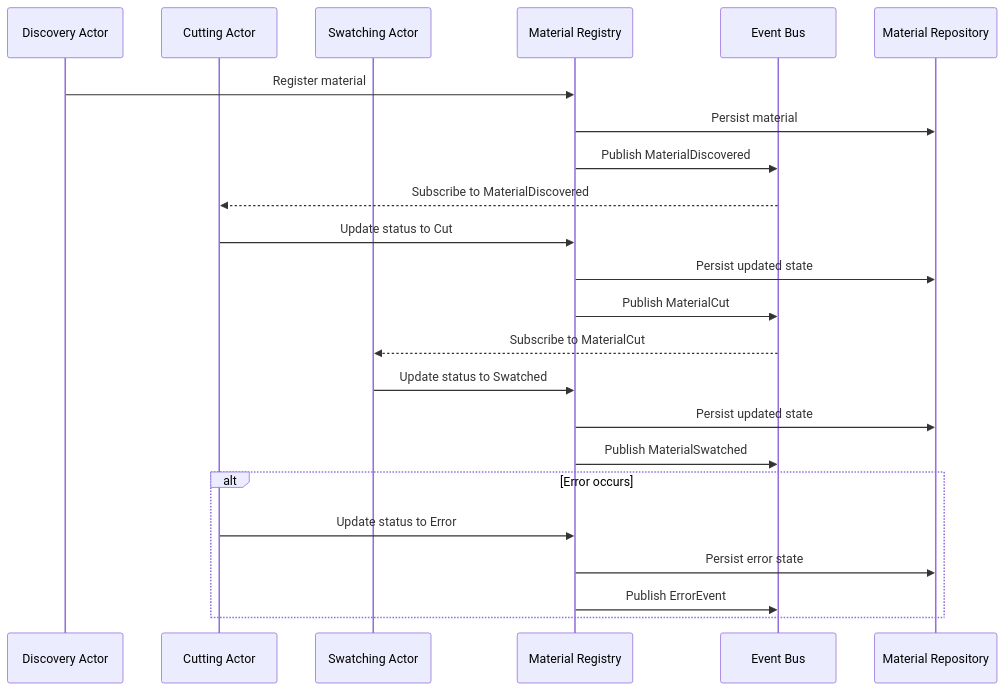
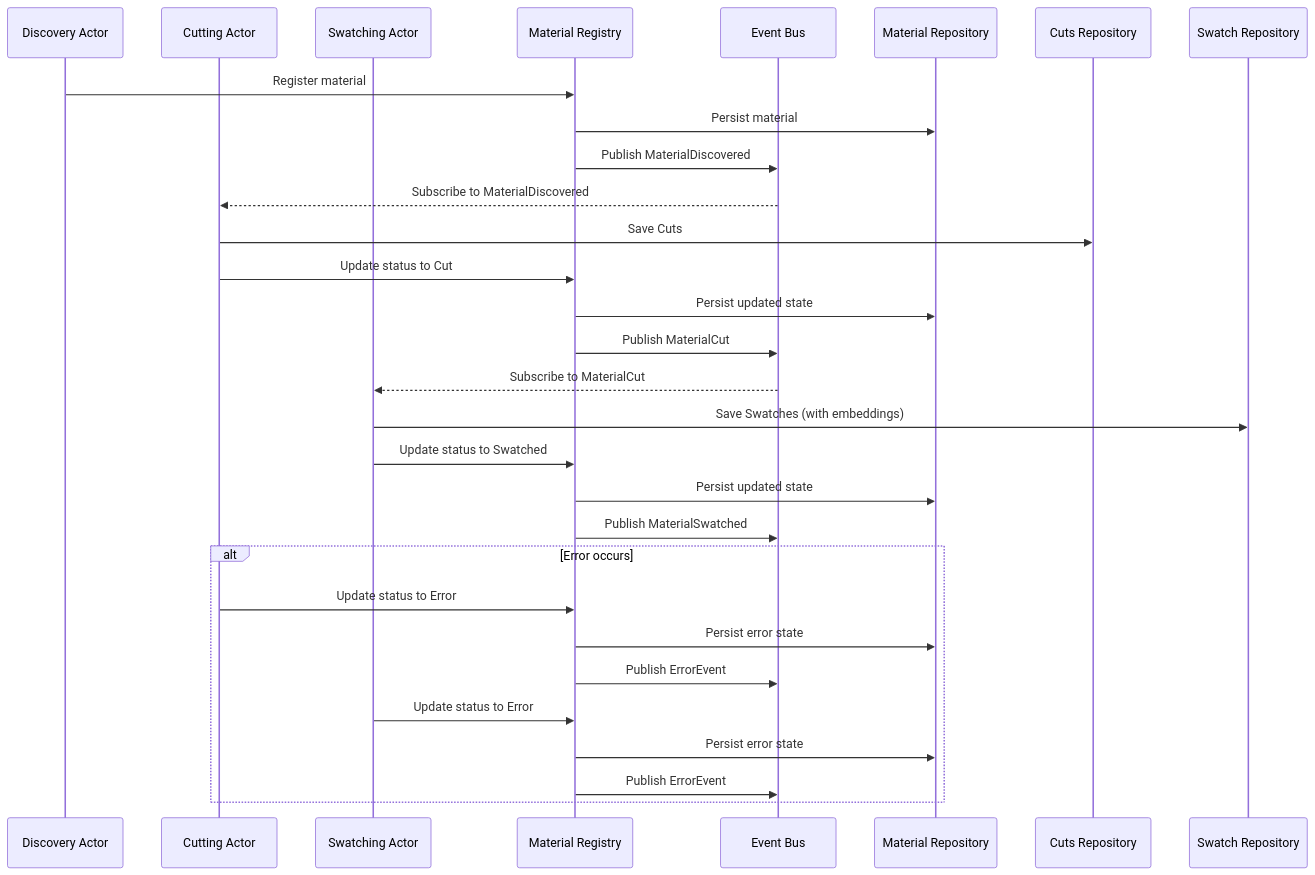
The second of 3 diagrams in docs/src/architecture/overview.md (pandallel/quilt), drawn with Mermaid before and after one commit. The commit also changed other lines of this file and 19 other files, not shown here.

First line of the commit message:
feat: Add SQLite repository for swatches (#19)

````diff
--- a/docs/src/architecture/overview.md
+++ b/docs/src/architecture/overview.md
@@ -71,27 +73,34 @@
 ```mermaid
 sequenceDiagram
     participant DA as Discovery Actor
     participant CA as Cutting Actor
     participant SA as Swatching Actor
     participant Reg as Material Registry
     participant EB as Event Bus
-    participant Repo as Material Repository
+    participant MatRepo as Material Repository
+    participant CutRepo as Cuts Repository
+    participant SwatchRepo as Swatch Repository
 
     DA->>Reg: Register material
-    Reg->>Repo: Persist material
+    Reg->>MatRepo: Persist material
     Reg->>EB: Publish MaterialDiscovered
     EB-->>CA: Subscribe to MaterialDiscovered
+    CA->>CutRepo: Save Cuts
     CA->>Reg: Update status to Cut
-    Reg->>Repo: Persist updated state
+    Reg->>MatRepo: Persist updated state
     Reg->>EB: Publish MaterialCut
     EB-->>SA: Subscribe to MaterialCut
+    SA->>SwatchRepo: Save Swatches (with embeddings)
     SA->>Reg: Update status to Swatched
-    Reg->>Repo: Persist updated state
+    Reg->>MatRepo: Persist updated state
     Reg->>EB: Publish MaterialSwatched
 
     alt Error occurs
         CA->>Reg: Update status to Error
-        Reg->>Repo: Persist error state
+        Reg->>MatRepo: Persist error state
+        Reg->>EB: Publish ErrorEvent
+        SA->>Reg: Update status to Error
+        Reg->>MatRepo: Persist error state
         Reg->>EB: Publish ErrorEvent
     end
 ```
````
